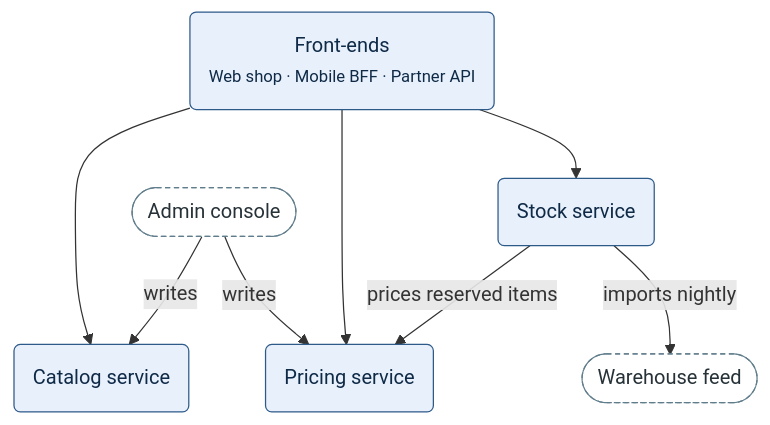
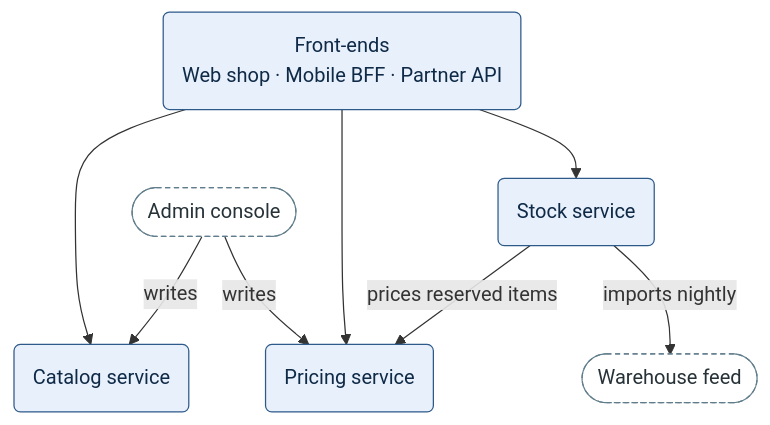
Before and after one commit to MatrixFounder/Agentic-development: the diagram in .agent/skills/mermaid-authoring-guidelines/evals/fixtures/c8-frontends-services-k33/pass.md, drawn with Mermaid. The commit also changed 41 other files, not shown here.

````diff
--- a/.agent/skills/mermaid-authoring-guidelines/evals/fixtures/c8-frontends-services-k33/pass.md
+++ b/.agent/skills/mermaid-authoring-guidelines/evals/fixtures/c8-frontends-services-k33/pass.md
@@ -3,23 +3,23 @@
 ```mermaid
-%%{init: {"layout": "dagre", "look": "classic", "flowchart": {"nodeSpacing": 45, "rankSpacing": 55, "wrappingWidth": 400}}}%%
+%%{init: {"layout": "dagre", "look": "classic", "flowchart": {"nodeSpacing": 45, "rankSpacing": 55, "wrappingWidth": 400}, "themeCSS": "foreignObject { overflow: visible; }"}}%%
 flowchart TB
   accTitle: Front-ends and domain services
   accDescr: Each front-end calls each domain service. Stock service calls Pricing service and imports the Warehouse feed. The Admin console writes to Catalog service and Pricing service.
-  FE("Front-ends<br/><small>Web shop · Mobile BFF · Partner API</small>")
+  FE("Front-ends<br/>Web shop · Mobile BFF · Partner API")
   CAT("Catalog service")
   PRI("Pricing service")
   STK("Stock service")
   ADM(["Admin console"])
   WF(["Warehouse feed"])
   FE --> CAT
   FE --> PRI
   FE --> STK
   STK -->|"prices reserved items"| PRI
   STK -->|"imports nightly"| WF
   ADM -->|writes| CAT
   ADM -->|writes| PRI
   classDef wf fill:#E8F0FB,stroke:#2E5A8A,color:#0F2A47
   classDef ext fill:#FFFFFF,stroke:#607D8B,color:#263238,stroke-dasharray:4 3
   class FE,CAT,PRI,STK wf
   class ADM,WF ext
 ```
````
